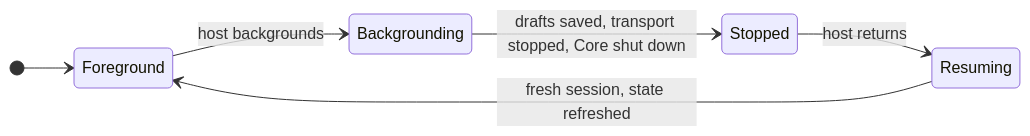
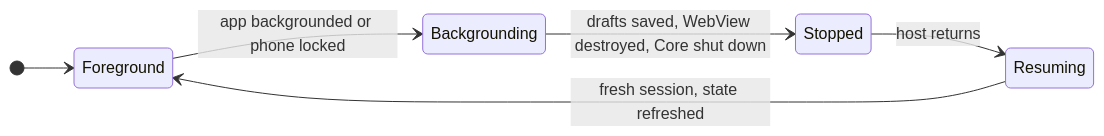
One commit to EVY-Platform/evy-freenet-plans changed the diagram in 1-freenet-mobile-appkit/01-feasibility.md. Above: the diagram before and after it, drawn with Mermaid. The commit also changed other lines of this file and 34 other files, not shown here.

````diff
--- a/1-freenet-mobile-appkit/01-feasibility.md
+++ b/1-freenet-mobile-appkit/01-feasibility.md
@@ -95,9 +97,9 @@
 ```mermaid
 stateDiagram-v2
   direction LR
   [*] --> Foreground
-  Foreground --> Backgrounding: host backgrounds
-  Backgrounding --> Stopped: drafts saved, transport stopped, Core shut down
+  Foreground --> Backgrounding: app backgrounded or phone locked
+  Backgrounding --> Stopped: drafts saved, WebView destroyed, Core shut down
   Stopped --> Resuming: host returns
   Resuming --> Foreground: fresh session, state refreshed
 ```
````
